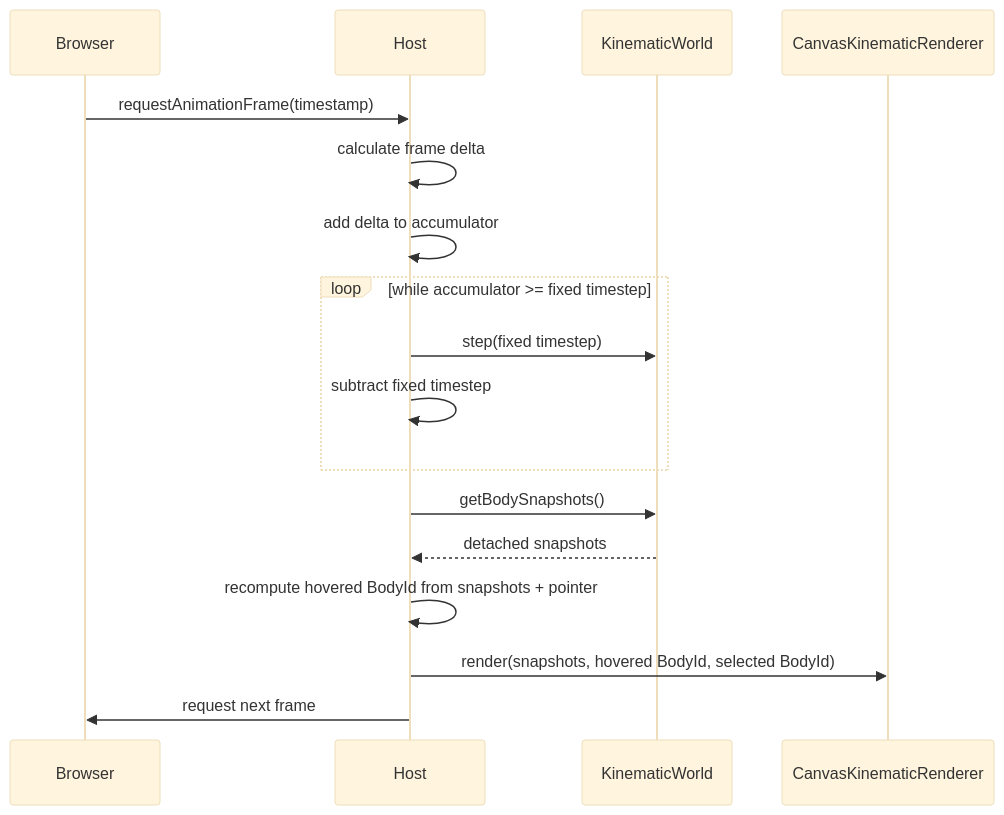
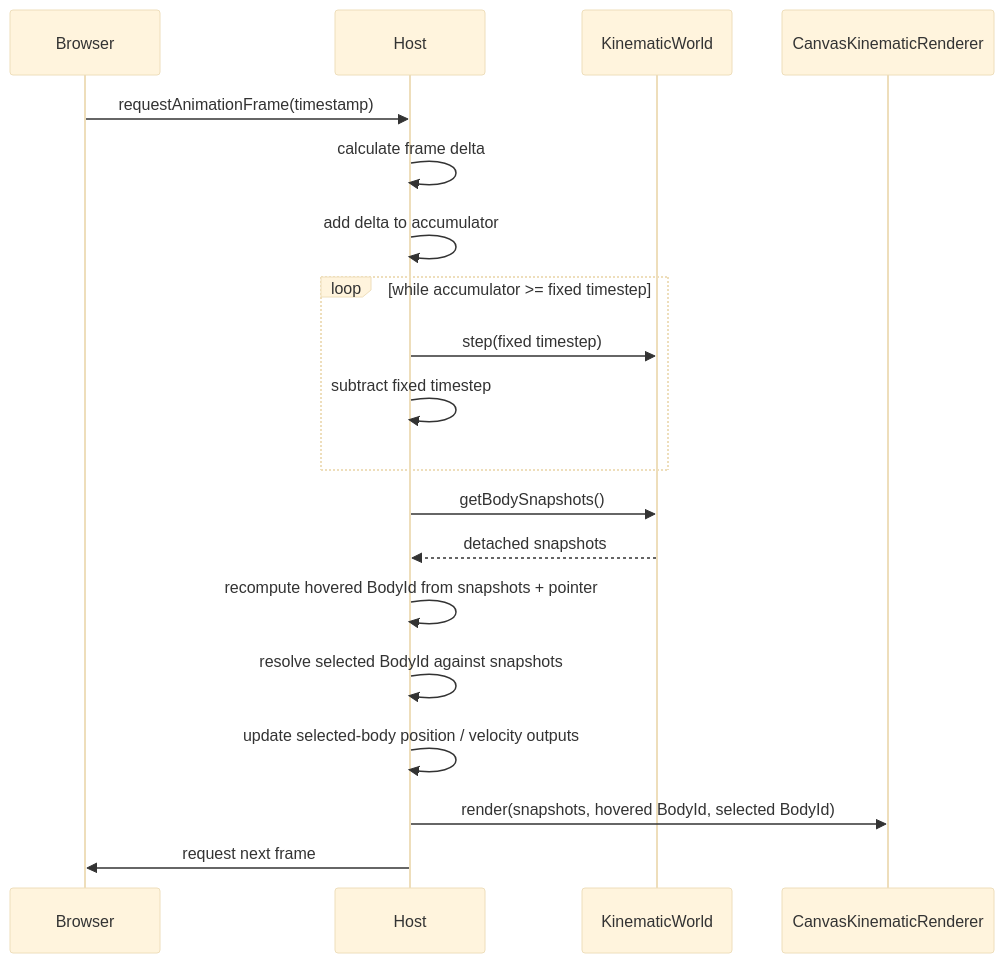
Before and after one commit to fa-ribeiro/vLab2D: diagram 12 of 22 in docs/architecture/README.md, drawn with Mermaid (base theme). The commit also changed other lines of this file and 6 other files, not shown here.

Commit message:
feat(canvas): add selected body inspector

````diff
--- a/docs/architecture/README.md
+++ b/docs/architecture/README.md
@@ -566,22 +566,24 @@
 ```mermaid
 sequenceDiagram
     participant Browser
     participant Host
     participant World as KinematicWorld
     participant Renderer as CanvasKinematicRenderer
 
     Browser->>Host: requestAnimationFrame(timestamp)
     Host->>Host: calculate frame delta
     Host->>Host: add delta to accumulator
 
     loop while accumulator >= fixed timestep
         Host->>World: step(fixed timestep)
         Host->>Host: subtract fixed timestep
     end
 
     Host->>World: getBodySnapshots()
     World-->>Host: detached snapshots
     Host->>Host: recompute hovered BodyId from snapshots + pointer
+    Host->>Host: resolve selected BodyId against snapshots
+    Host->>Host: update selected-body position / velocity outputs
     Host->>Renderer: render(snapshots, hovered BodyId, selected BodyId)
     Host->>Browser: request next frame
 ```
````
